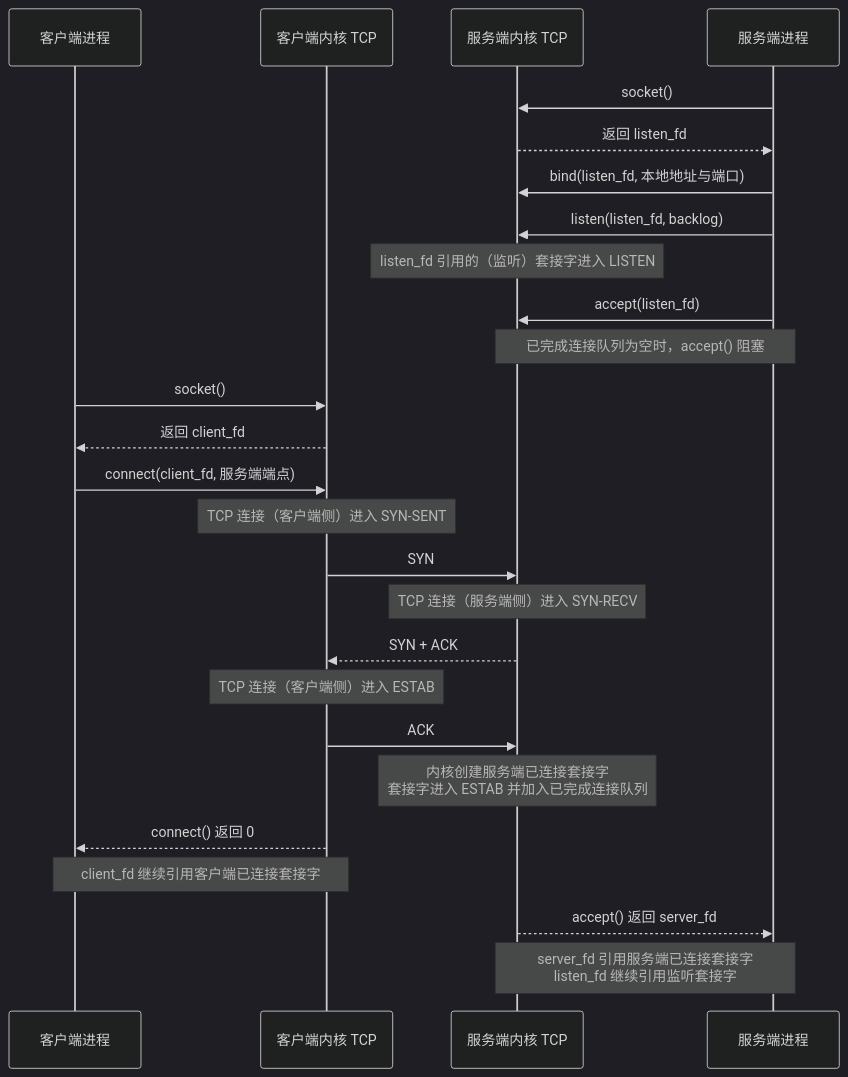
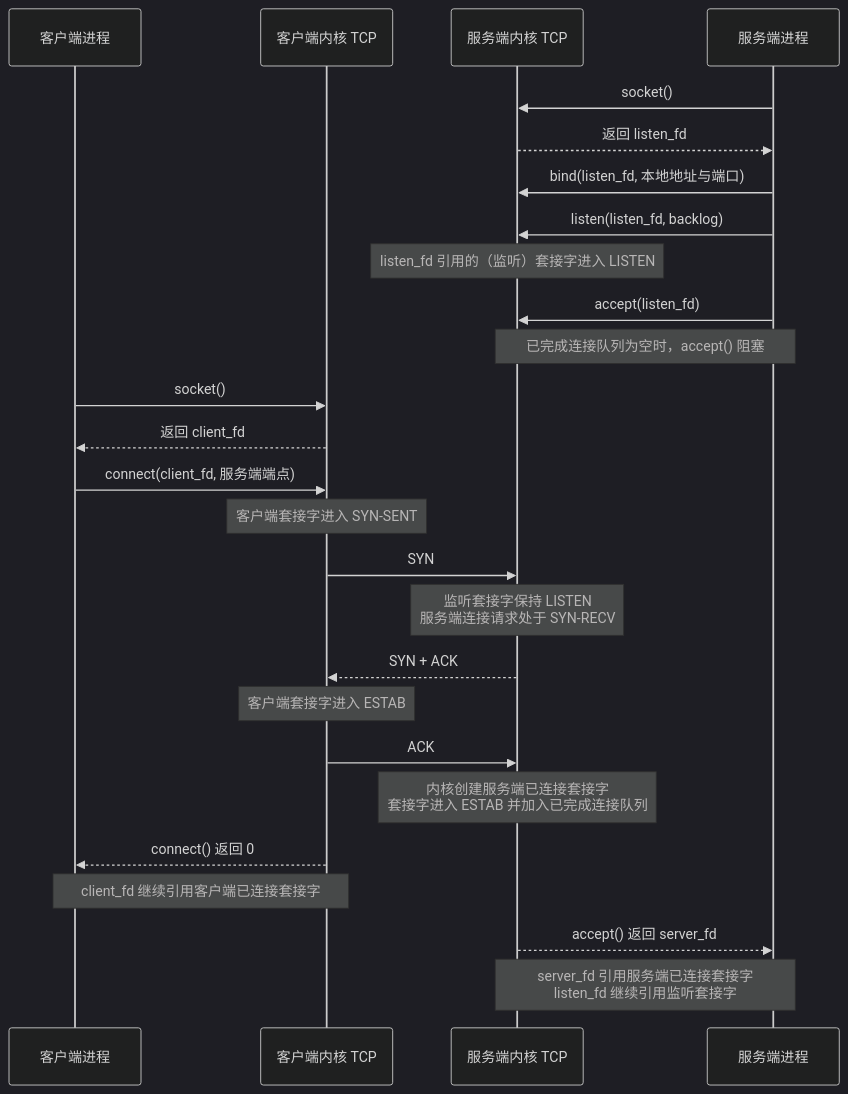
One commit to codeExpert666/Backend-Developer-Skills changed the first of 2 diagrams in Linux/网络与远程访问/Linux 端口、监听套接字与 ss 命令基础.md. Above: the diagram before and after it, drawn with Mermaid (dark theme). The commit also changed other lines of this file, not shown here.

Commit message:
vault backup: 2026-07-28 22:54:02

````diff
--- a/Linux/网络与远程访问/Linux 端口、监听套接字与 ss 命令基础.md
+++ b/Linux/网络与远程访问/Linux 端口、监听套接字与 ss 命令基础.md
@@ -162,30 +162,30 @@
 ```mermaid
 sequenceDiagram
     participant CP as 客户端进程
     participant CK as 客户端内核 TCP
     participant SK as 服务端内核 TCP
     participant SP as 服务端进程
 
     SP->>SK: socket()
     SK-->>SP: 返回 listen_fd
     SP->>SK: bind(listen_fd, 本地地址与端口)
     SP->>SK: listen(listen_fd, backlog)
     Note over SK: listen_fd 引用的（监听）套接字进入 LISTEN
     SP->>SK: accept(listen_fd)
     Note over SK,SP: 已完成连接队列为空时，accept() 阻塞
 
     CP->>CK: socket()
     CK-->>CP: 返回 client_fd
     CP->>CK: connect(client_fd, 服务端端点)
-    Note over CK: TCP 连接（客户端侧）进入 SYN-SENT
+    Note over CK: 客户端套接字进入 SYN-SENT
     CK->>SK: SYN
-    Note over SK: TCP 连接（服务端侧）进入 SYN-RECV
+    Note over SK: 监听套接字保持 LISTEN<br/>服务端连接请求处于 SYN-RECV
     SK-->>CK: SYN + ACK
-    Note over CK: TCP 连接（客户端侧）进入 ESTAB
+    Note over CK: 客户端套接字进入 ESTAB
     CK->>SK: ACK
     Note over SK: 内核创建服务端已连接套接字<br/>套接字进入 ESTAB 并加入已完成连接队列
     CK-->>CP: connect() 返回 0
     Note over CP,CK: client_fd 继续引用客户端已连接套接字
     SK-->>SP: accept() 返回 server_fd
     Note over SK,SP: server_fd 引用服务端已连接套接字<br/>listen_fd 继续引用监听套接字
 ```
````
